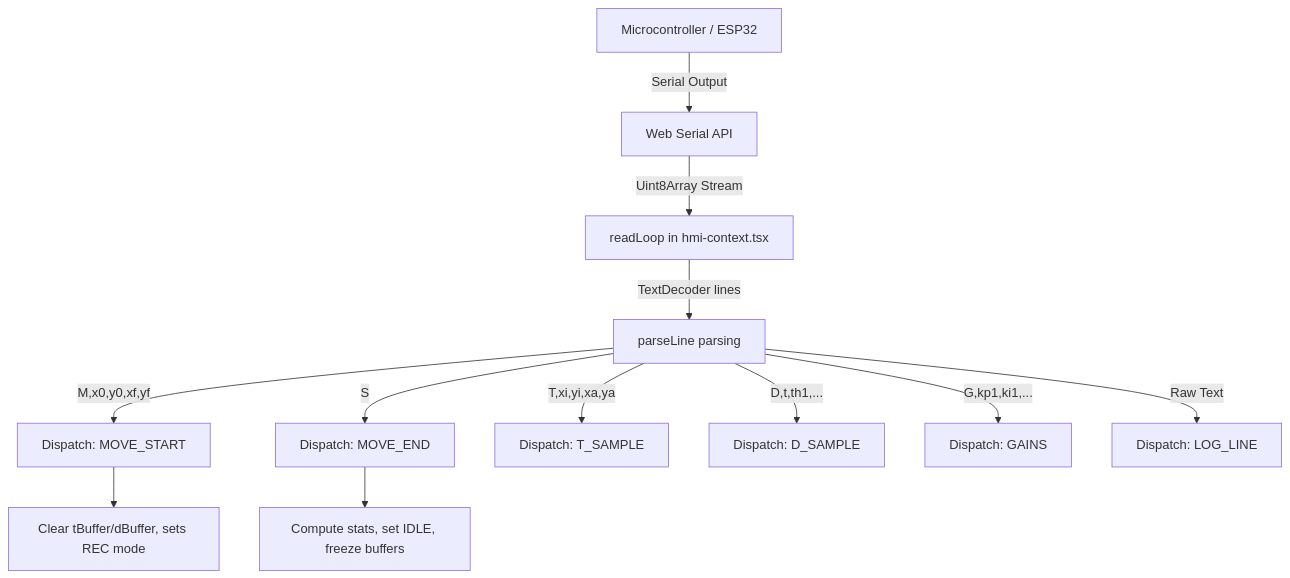
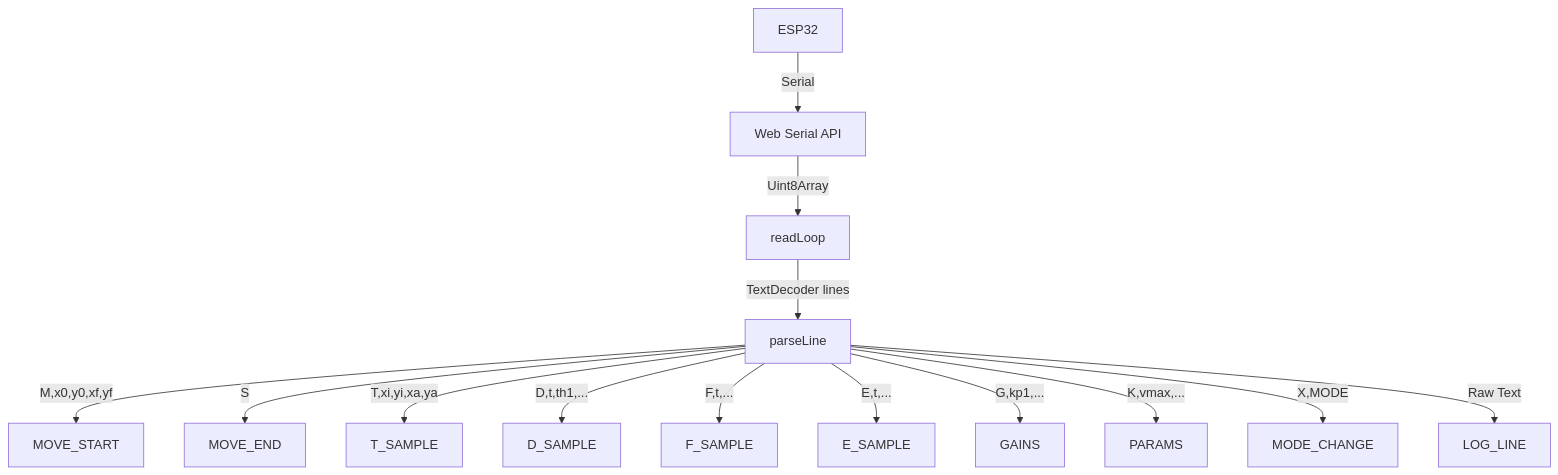
The diagram in docs/hmi/stack-and-architecture.md (soezyxstt/scara-final-year-project), drawn with Mermaid before and after one commit. The commit also changed other lines of this file and 45 other files, not shown here.

````diff
--- a/docs/hmi/stack-and-architecture.md
+++ b/docs/hmi/stack-and-architecture.md
@@ -67,16 +101,17 @@
 ```mermaid
 graph TD
-    MCU[Microcontroller / ESP32] -- Serial Output --> SerialPort[Web Serial API]
-    SerialPort -- Uint8Array Stream --> ReadLoop[readLoop in hmi-context.tsx]
-    ReadLoop -- TextDecoder lines --> ParseLine[parseLine parsing]
-    
-    ParseLine -- "M,x0,y0,xf,yf" --> MOVE_START[Dispatch: MOVE_START]
-    ParseLine -- "S" --> MOVE_END[Dispatch: MOVE_END]
-    ParseLine -- "T,xi,yi,xa,ya" --> T_SAMPLE[Dispatch: T_SAMPLE]
-    ParseLine -- "D,t,th1,..." --> D_SAMPLE[Dispatch: D_SAMPLE]
-    ParseLine -- "G,kp1,ki1,..." --> GAINS[Dispatch: GAINS]
-    ParseLine -- Raw Text --> LOG_LINE[Dispatch: LOG_LINE]
+    MCU[ESP32] -- Serial --> SerialPort[Web Serial API]
+    SerialPort -- Uint8Array --> ReadLoop[readLoop]
+    ReadLoop -- TextDecoder lines --> ParseLine[parseLine]
 
-    MOVE_START --> ResetBuffers[Clear tBuffer/dBuffer, sets REC mode]
-    MOVE_END --> StatsCompute[Compute stats, set IDLE, freeze buffers]
+    ParseLine -- "M,x0,y0,xf,yf" --> MOVE_START
+    ParseLine -- "S" --> MOVE_END
+    ParseLine -- "T,xi,yi,xa,ya" --> T_SAMPLE
+    ParseLine -- "D,t,th1,..." --> D_SAMPLE
+    ParseLine -- "F,t,..." --> F_SAMPLE
+    ParseLine -- "E,t,..." --> E_SAMPLE
+    ParseLine -- "G,kp1,..." --> GAINS
+    ParseLine -- "K,vmax,..." --> PARAMS
+    ParseLine -- "X,MODE" --> MODE_CHANGE
+    ParseLine -- Raw Text --> LOG_LINE
 ```
````
